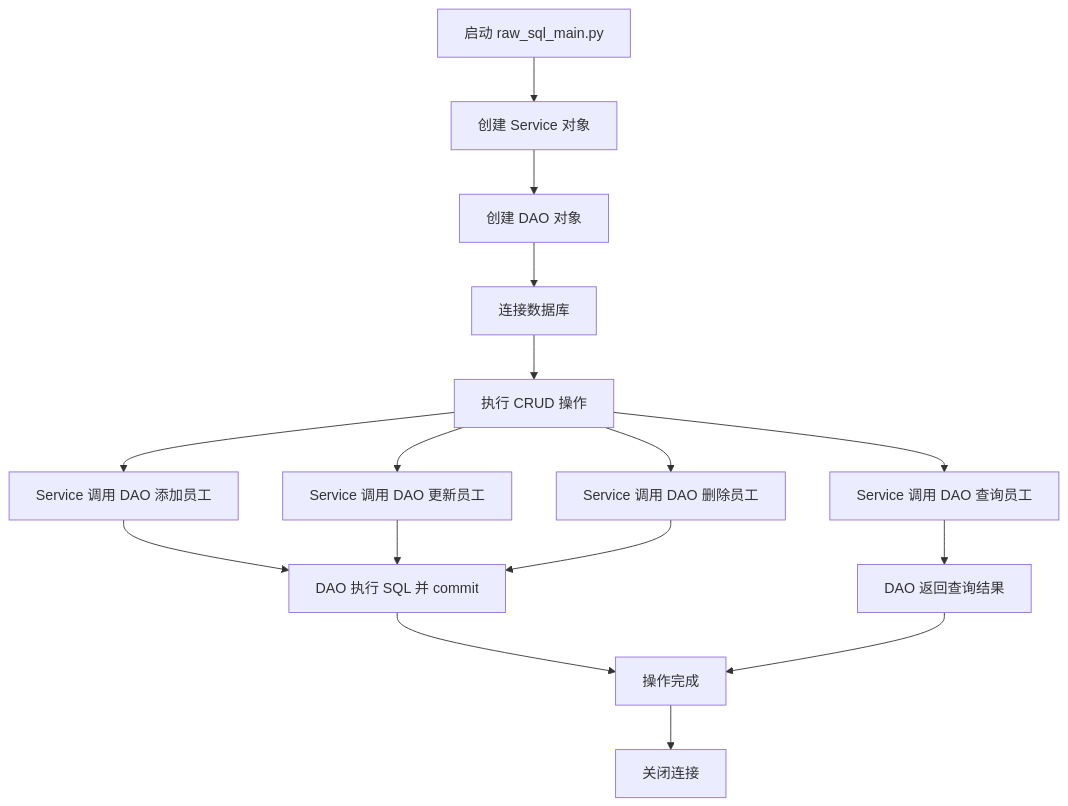
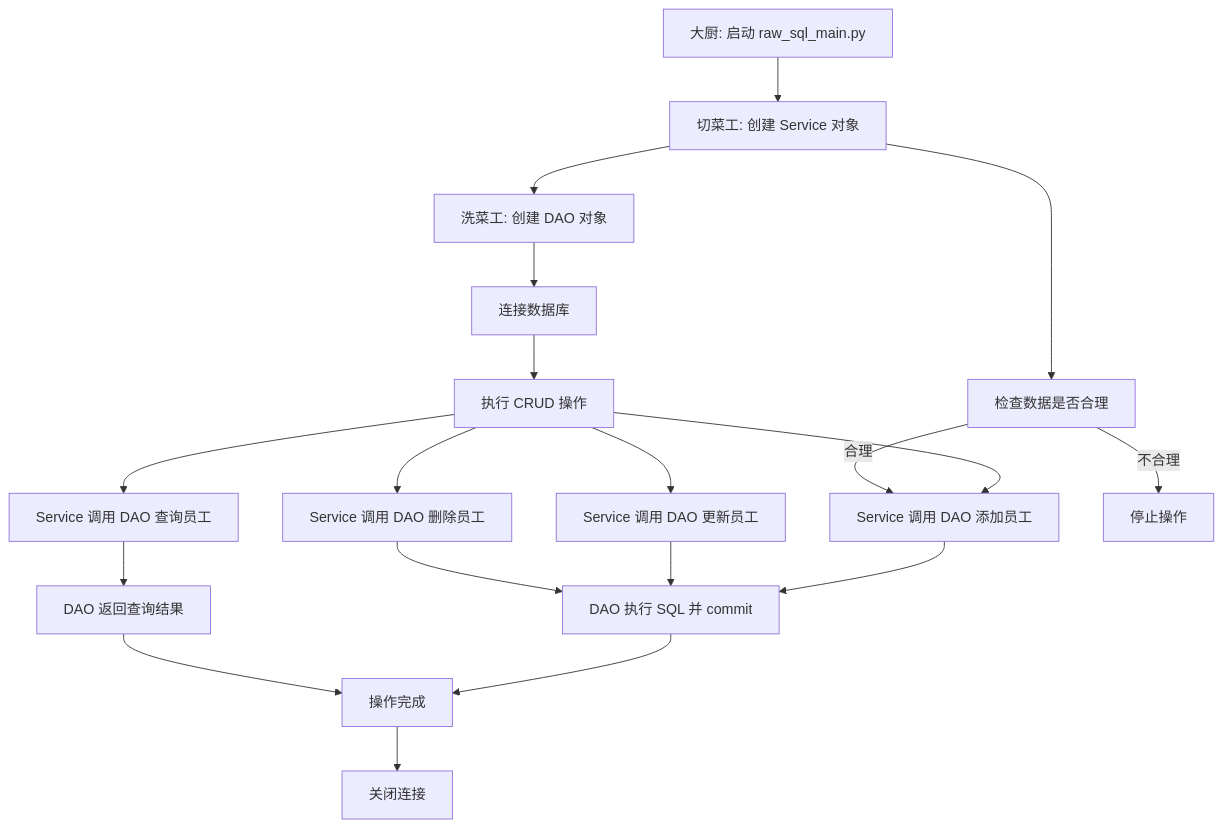
The second of 3 diagrams in MySQL数据库/Day6-MySQL-PythonORM.md (Tender-Liu/LinuxDevOps), drawn with Mermaid before and after one commit. The commit also changed other lines of this file and 2 other files, not shown here.

````diff
--- a/MySQL数据库/Day6-MySQL-PythonORM.md
+++ b/MySQL数据库/Day6-MySQL-PythonORM.md
@@ -301,18 +326,21 @@
 ```mermaid
 graph TD
-    A[启动 raw_sql_main.py] --> B[创建 Service 对象]
-    B --> C[创建 DAO 对象]
+    A[大厨: 启动 raw_sql_main.py] --> B[切菜工: 创建 Service 对象]
+    B --> C[洗菜工: 创建 DAO 对象]
     C --> D[连接数据库]
     D --> E[执行 CRUD 操作]
     E --> F[Service 调用 DAO 添加员工]
     E --> G[Service 调用 DAO 查询员工]
     E --> H[Service 调用 DAO 更新员工]
     E --> I[Service 调用 DAO 删除员工]
     F --> J[DAO 执行 SQL 并 commit]
     H --> J
     I --> J
     G --> K[DAO 返回查询结果]
     J --> L[操作完成]
     K --> L
     L --> M[关闭连接]
+    B --> N[检查数据是否合理]
+    N -->|合理| F
+    N -->|不合理| O[停止操作]
 ```
````
